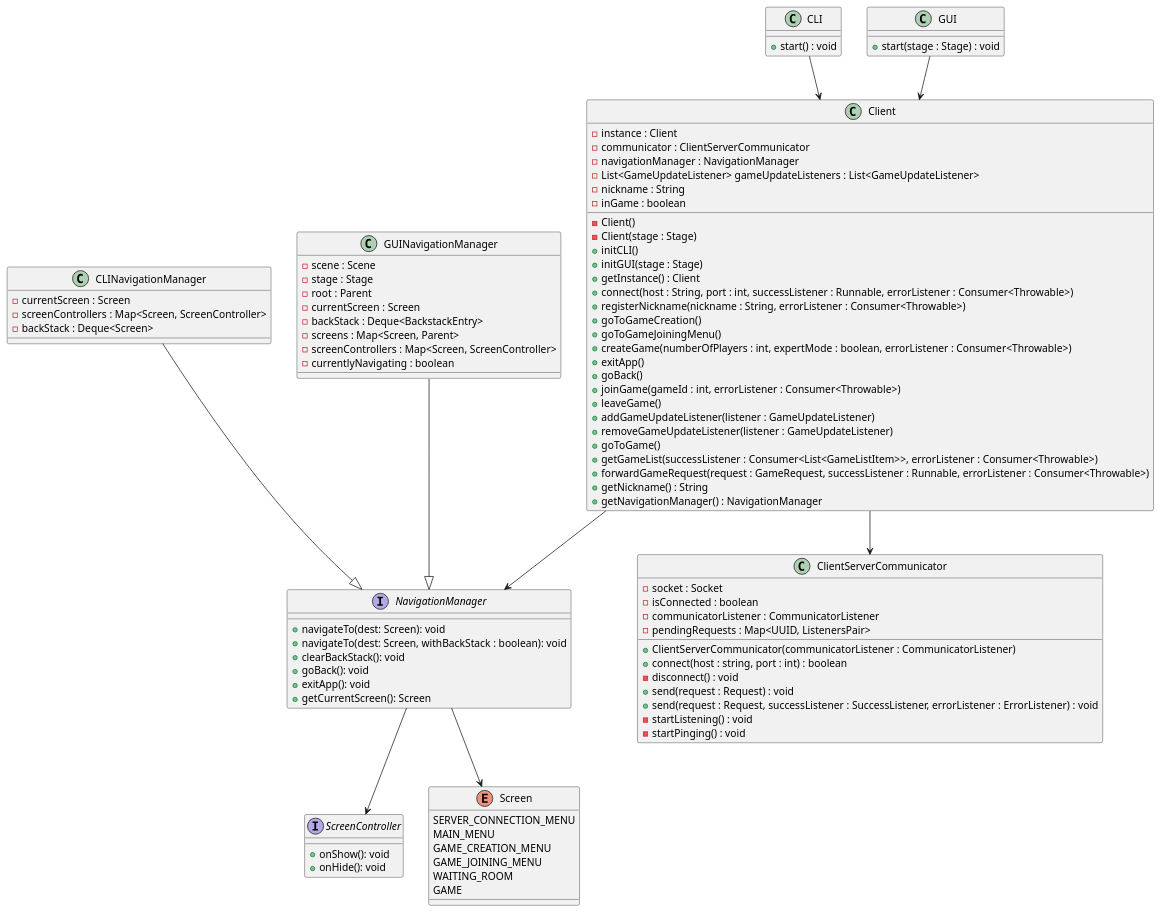
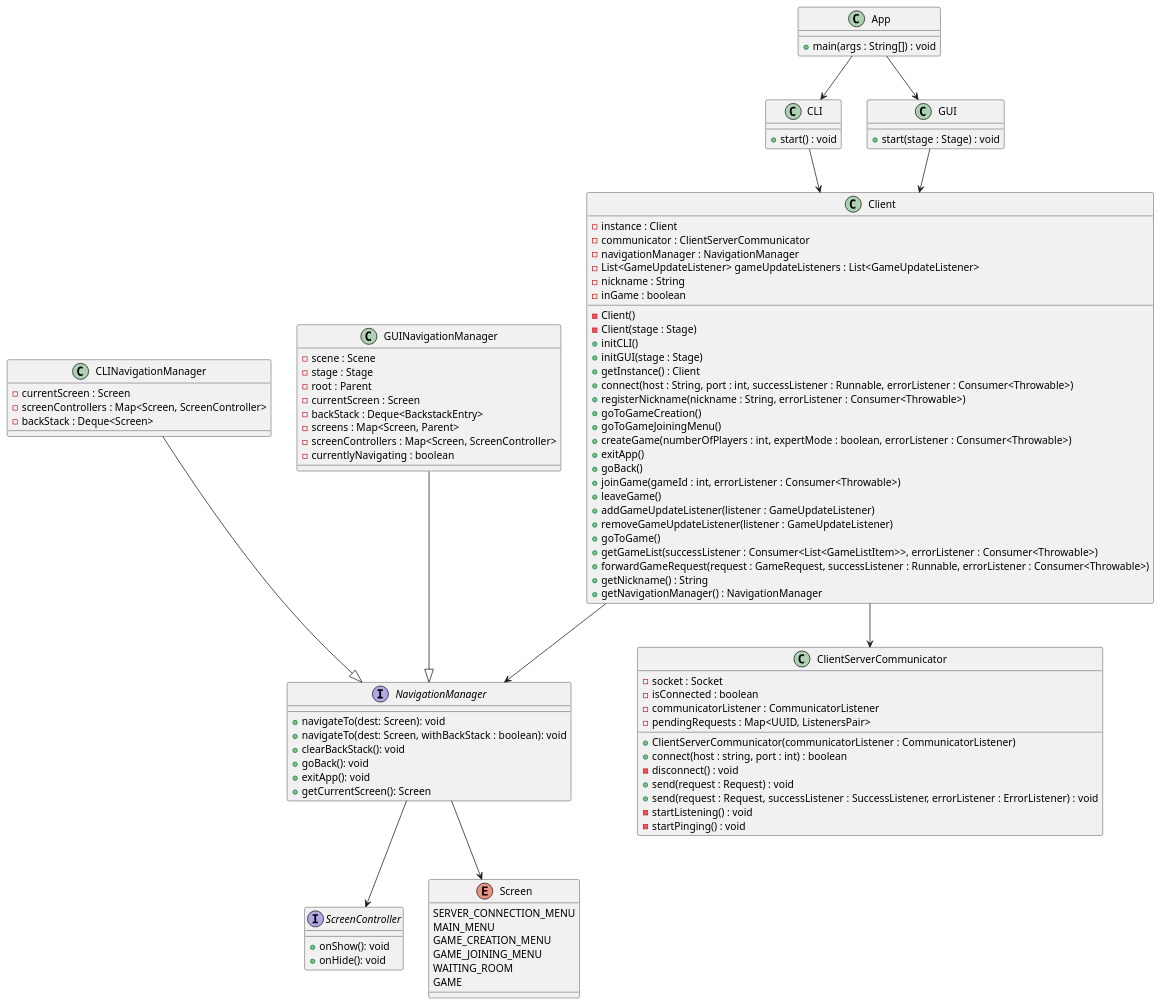
Before and after one commit to francesco-re-1107/eriantys: the diagram in deliverables/uml/sources/low_level/client_common.plantuml, drawn with PlantUML. The commit also changed 11 other files, not shown here.

```diff
--- a/deliverables/uml/sources/low_level/client_common.plantuml
+++ b/deliverables/uml/sources/low_level/client_common.plantuml
@@ -1,112 +1,119 @@
 @startuml
 
 class Client {
     -instance : Client
     -communicator : ClientServerCommunicator
     -navigationManager : NavigationManager
     -List<GameUpdateListener> gameUpdateListeners : List<GameUpdateListener>
     -nickname : String
     -inGame : boolean
 
     -Client()
     -Client(stage : Stage)
     +initCLI()
     +initGUI(stage : Stage)
     +getInstance() : Client
     +connect(host : String, port : int, successListener : Runnable, errorListener : Consumer<Throwable>)
     +registerNickname(nickname : String, errorListener : Consumer<Throwable>)
     +goToGameCreation()
     +goToGameJoiningMenu()
     +createGame(numberOfPlayers : int, expertMode : boolean, errorListener : Consumer<Throwable>)
     +exitApp()
     +goBack()
     +joinGame(gameId : int, errorListener : Consumer<Throwable>)
     +leaveGame()
     +addGameUpdateListener(listener : GameUpdateListener)
     +removeGameUpdateListener(listener : GameUpdateListener)
     +goToGame()
     +getGameList(successListener : Consumer<List<GameListItem>>, errorListener : Consumer<Throwable>)
     +forwardGameRequest(request : GameRequest, successListener : Runnable, errorListener : Consumer<Throwable>)
     +getNickname() : String
     +getNavigationManager() : NavigationManager
 }
 
 class ClientServerCommunicator {
     -socket : Socket
     -isConnected : boolean
     -communicatorListener : CommunicatorListener
     -pendingRequests : Map<UUID, ListenersPair>
 
     +ClientServerCommunicator(communicatorListener : CommunicatorListener)
     +connect(host : string, port : int) : boolean
     -disconnect() : void
     +send(request : Request) : void
     +send(request : Request, successListener : SuccessListener, errorListener : ErrorListener) : void
     -startListening() : void
     -startPinging() : void
 }
 
 interface NavigationManager {
     +navigateTo(dest: Screen): void
     +navigateTo(dest: Screen, withBackStack : boolean): void
     +clearBackStack(): void
     +goBack(): void
     +exitApp(): void
     +getCurrentScreen(): Screen
 }
 
 class CLINavigationManager {
     -currentScreen : Screen
     -screenControllers : Map<Screen, ScreenController>
     -backStack : Deque<Screen>
 }
 
 class GUINavigationManager {
     -scene : Scene
     -stage : Stage
     -root : Parent
     -currentScreen : Screen
     -backStack : Deque<BackstackEntry>
     -screens : Map<Screen, Parent>
     -screenControllers : Map<Screen, ScreenController>
     -currentlyNavigating : boolean
 }
 
 interface ScreenController {
     +onShow(): void
     +onHide(): void
 }
 
 
 class CLI {
     +start() : void
 }
 
 class GUI {
     +start(stage : Stage) : void
 }
 
+class App {
+    +main(args : String[]) : void
+}
+
 enum Screen {
     SERVER_CONNECTION_MENU
     MAIN_MENU
     GAME_CREATION_MENU
     GAME_JOINING_MENU
     WAITING_ROOM
     GAME
 }
 
 CLINavigationManager --|> NavigationManager
 GUINavigationManager --|> NavigationManager
 
 NavigationManager --> ScreenController
 NavigationManager --> Screen
 
 Client --> NavigationManager
 Client --> ClientServerCommunicator
 
 
 CLI --> Client
 GUI --> Client
 
+App --> CLI
+App --> GUI
+
 
 @enduml
```
